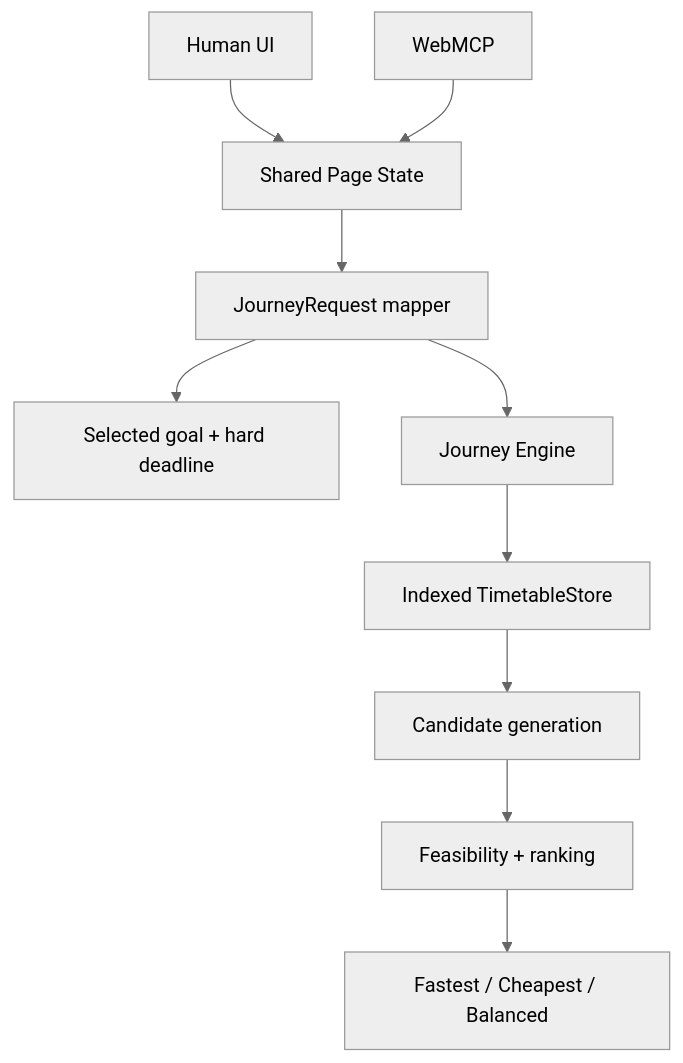
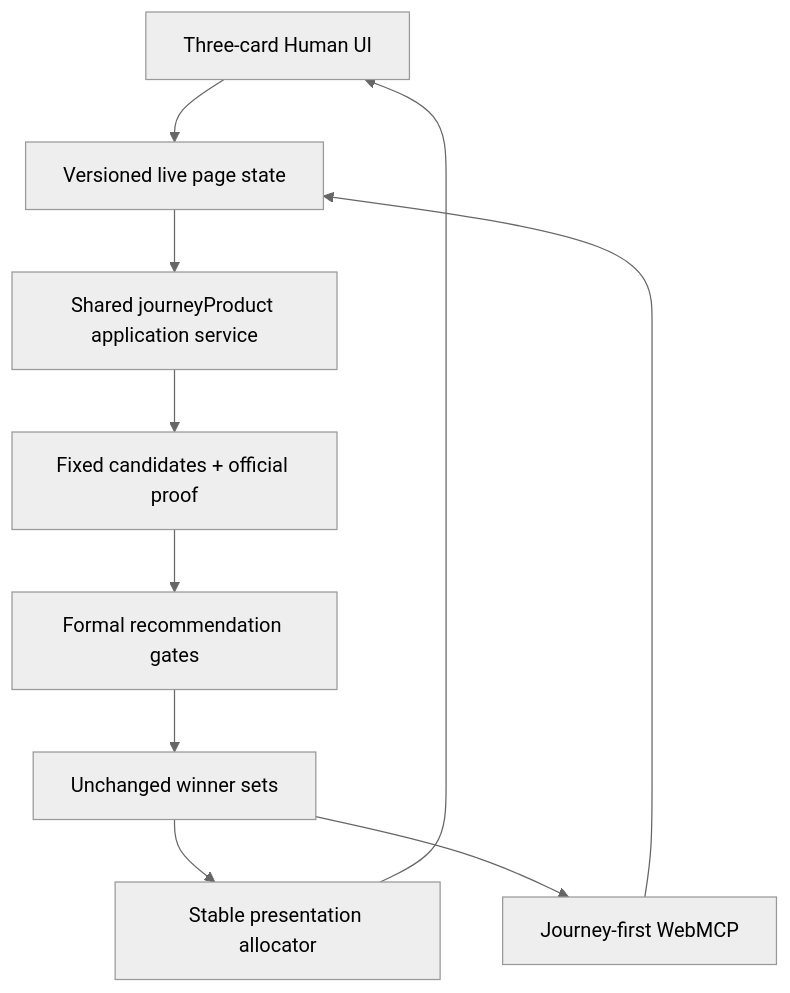
One commit to zirinandzennos/taiwan-goal-aware-webmcp changed the diagram in docs/ARCHITECTURE.md. Above: the diagram before and after it, drawn with Mermaid (neutral theme). The commit also changed other lines of this file and 16 other files, not shown here.

Commit message:
feat(app): integrate journey recommendations with live WebMCP state

````diff
--- a/docs/ARCHITECTURE.md
+++ b/docs/ARCHITECTURE.md
@@ -3,12 +3,12 @@
 ```mermaid
 flowchart TD
-  UI[Human UI] --> State[Shared Page State]
-  MCP[WebMCP] --> State
-  State --> Mapper[JourneyRequest mapper]
-  Mapper --> Goal[Selected goal + hard deadline]
-  Mapper --> Engine[Journey Engine]
-  Engine --> Store[Indexed TimetableStore]
-  Store --> Candidates[Candidate generation]
-  Candidates --> Evaluation[Feasibility + ranking]
-  Evaluation --> Results[Fastest / Cheapest / Balanced]
+  UI[Three-card Human UI] --> State[Versioned live page state]
+  MCP[Journey-first WebMCP] --> State
+  State --> Service[Shared journeyProduct application service]
+  Service --> Snapshot[Fixed candidates + official proof]
+  Snapshot --> Gates[Formal recommendation gates]
+  Gates --> Results[Unchanged winner sets]
+  Results --> Allocator[Stable presentation allocator]
+  Allocator --> UI
+  Results --> MCP
 ```
````
